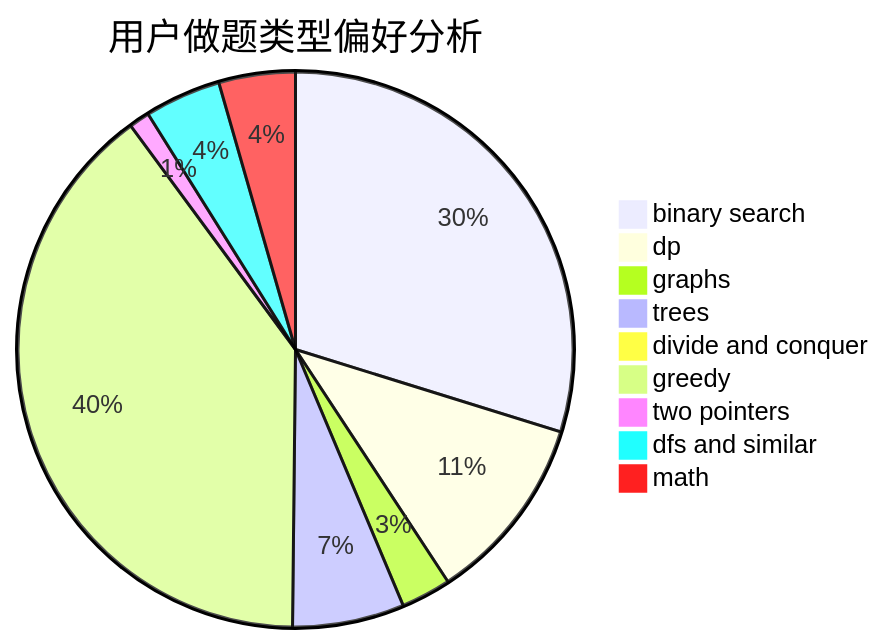
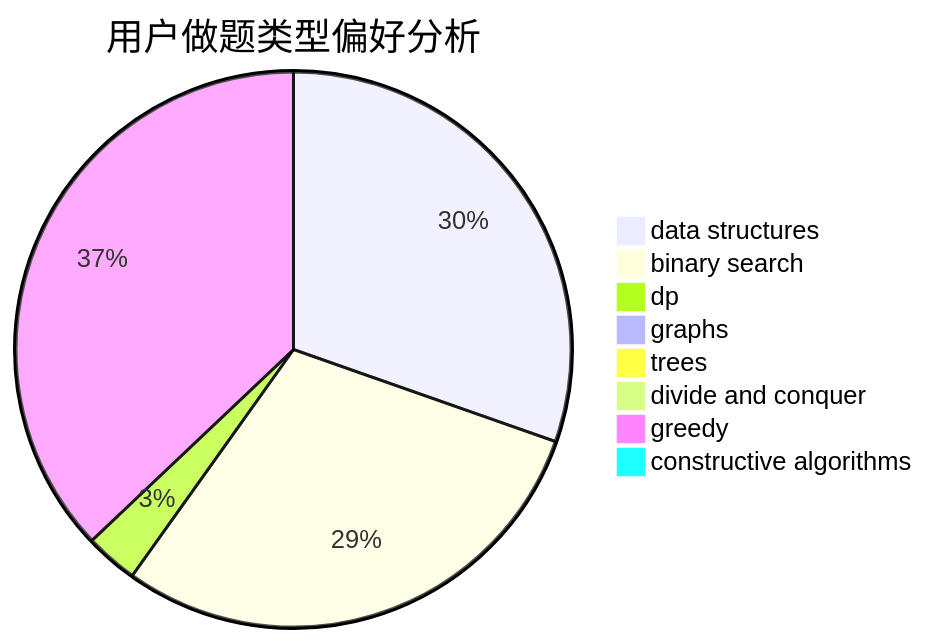
One commit to sherpahu/cfrs.github.io changed the second of 3 diagrams in docs/user/u2539.md. Above: the diagram before and after it, drawn with Mermaid. The commit also changed other lines of this file and 2775 other files, not shown here.

````diff
--- a/docs/user/u2539.md
+++ b/docs/user/u2539.md
@@ -23,12 +23,11 @@
 ```mermaid
 pie title 用户做题类型偏好分析
-    "binary search" :  174
-    "dp" :  64
-    "graphs" :  17
-    "trees" :  38
+    "data structures" :  168
+    "binary search" :  163
+    "dp" :  17
+    "graphs" :  0
+    "trees" :  0
     "divide and conquer" :  0
-    "greedy" :  232
-    "two pointers" :  7
-    "dfs and similar" :  26
-    "math" :  26
+    "greedy" :  205
+    "constructive algorithms" :  4
 ```
````
